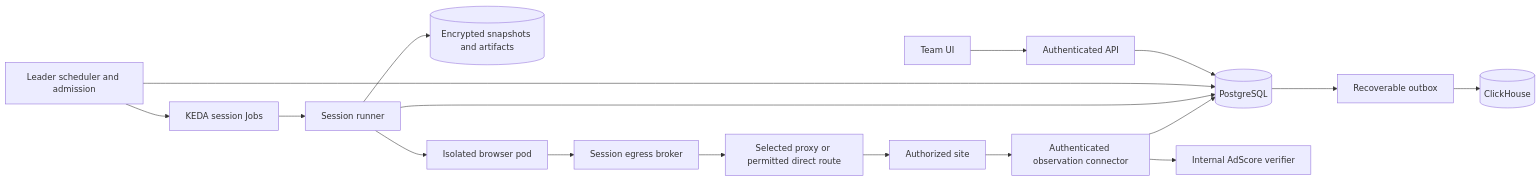
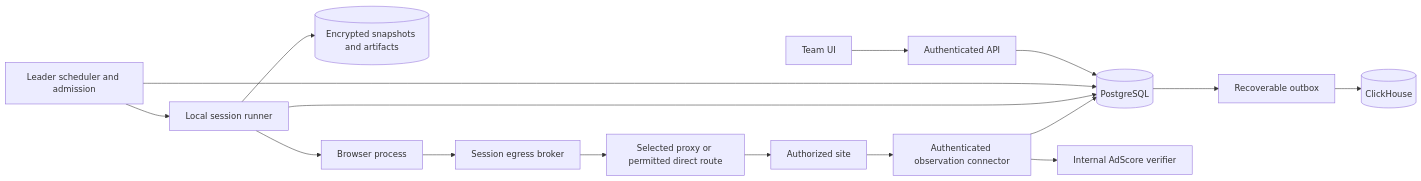
One commit to yochaiak/arbl changed the diagram in docs/architecture.md. Above: the diagram before and after it, drawn with Mermaid. The commit also changed other lines of this file and 206 other files, not shown here.

Commit message:
Complete local browser workspace and adapter alignment

````diff
--- a/docs/architecture.md
+++ b/docs/architecture.md
@@ -5,19 +5,18 @@
 ```mermaid
 flowchart LR
     UI[Team UI] --> API[Authenticated API]
     API --> PG[(PostgreSQL)]
     Scheduler[Leader scheduler and admission] --> PG
     PG --> Outbox[Recoverable outbox]
     Outbox --> CH[(ClickHouse)]
-    Scheduler --> Jobs[KEDA session Jobs]
-    Jobs --> Runner[Session runner]
+    Scheduler --> Runner[Local session runner]
     Runner --> PG
     Runner --> Storage[(Encrypted snapshots and artifacts)]
-    Runner --> Browser[Isolated browser pod]
+    Runner --> Browser[Browser process]
     Browser --> Broker[Session egress broker]
     Broker --> Proxy[Selected proxy or permitted direct route]
     Proxy --> Target[Authorized site]
     Target --> Observation[Authenticated observation connector]
     Observation --> Verifier[Internal AdScore verifier]
     Observation --> PG
 ```
````
